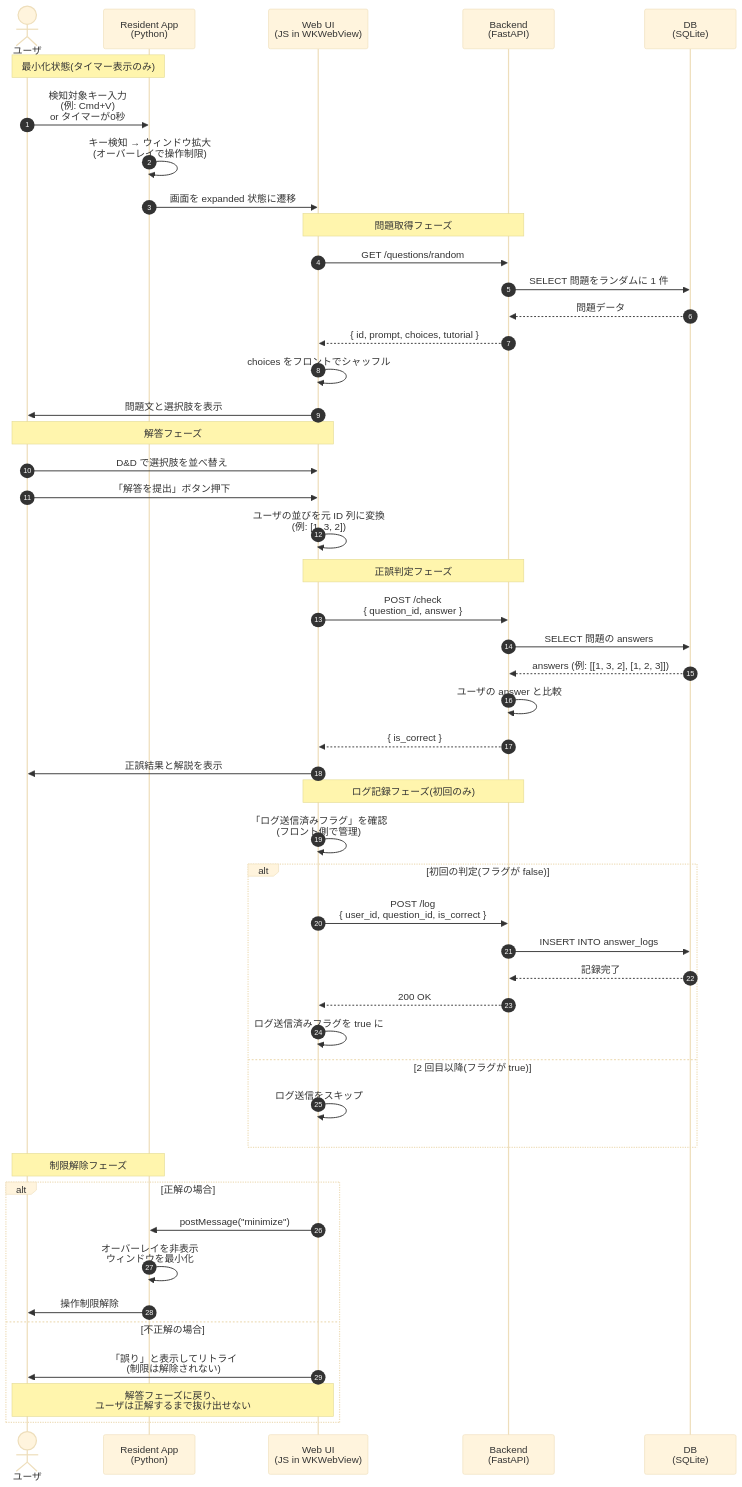
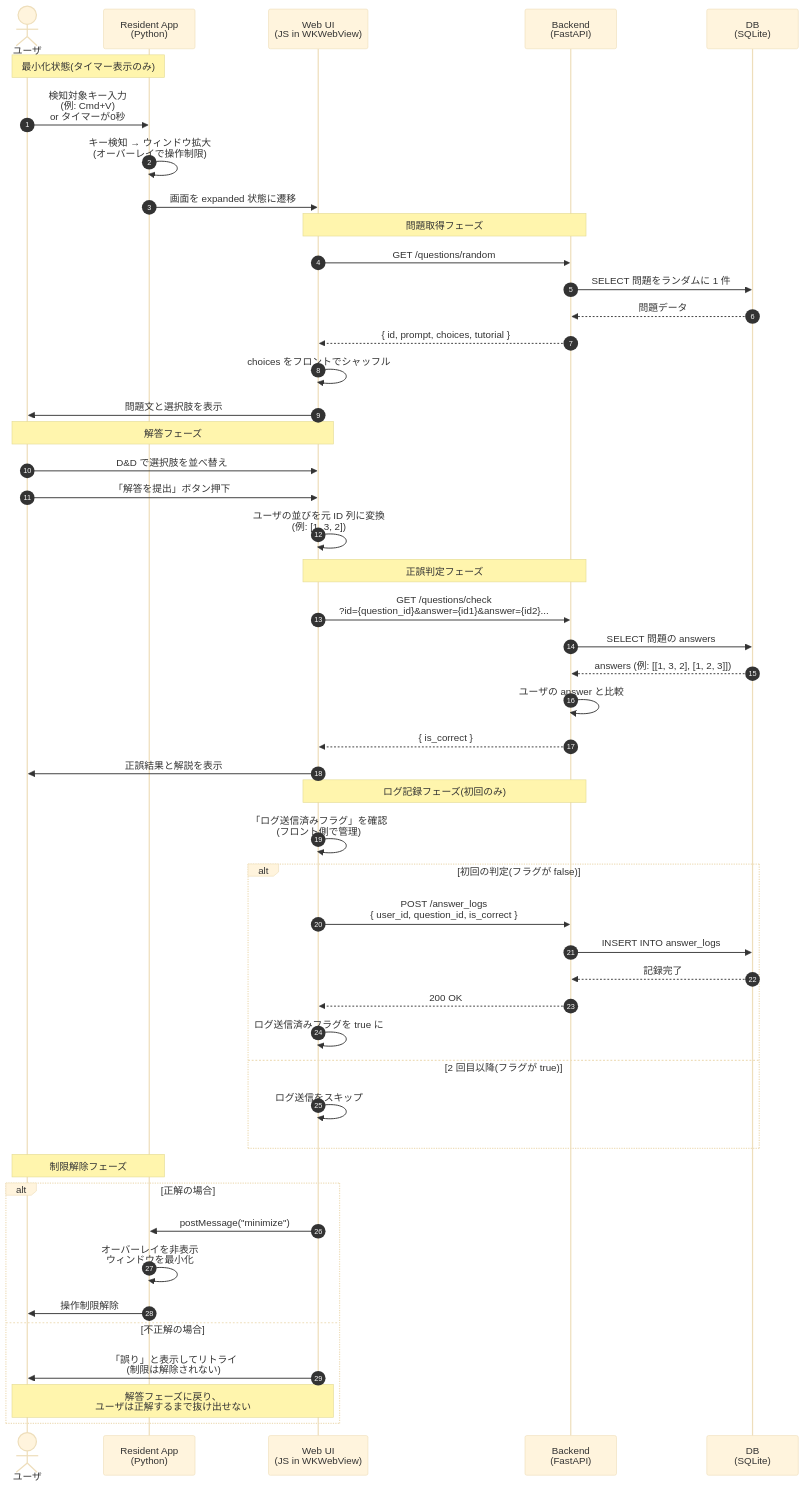
Before and after one commit to fu-suke/hack_u_team4: the diagram in docs/api_spec_and_flow.md, drawn with Mermaid (base theme). The commit also changed other lines of this file, not shown here.

````diff
--- a/docs/api_spec_and_flow.md
+++ b/docs/api_spec_and_flow.md
@@ -114,63 +109,63 @@
 ```mermaid
 sequenceDiagram
     autonumber
     actor User as ユーザ
     participant Resident as Resident App<br/>(Python)
     participant WebUI as Web UI<br/>(JS in WKWebView)
     participant Backend as Backend<br/>(FastAPI)
     participant DB as DB<br/>(SQLite)
 
     Note over User,Resident: 最小化状態(タイマー表示のみ)
 
     User->>Resident: 検知対象キー入力<br/>(例: Cmd+V)<br/>or タイマーが0秒
     Resident->>Resident: キー検知 → ウィンドウ拡大<br/>(オーバーレイで操作制限)
     Resident->>WebUI: 画面を expanded 状態に遷移
 
     Note over WebUI,Backend: 問題取得フェーズ
 
     WebUI->>Backend: GET /questions/random
     Backend->>DB: SELECT 問題をランダムに 1 件
     DB-->>Backend: 問題データ
     Backend-->>WebUI: { id, prompt, choices, tutorial }
     WebUI->>WebUI: choices をフロントでシャッフル
     WebUI->>User: 問題文と選択肢を表示
 
     Note over User,WebUI: 解答フェーズ
 
     User->>WebUI: D&D で選択肢を並べ替え
     User->>WebUI: 「解答を提出」ボタン押下
     WebUI->>WebUI: ユーザの並びを元 ID 列に変換<br/>(例: [1, 3, 2])
 
     Note over WebUI,Backend: 正誤判定フェーズ
 
-    WebUI->>Backend: POST /check<br/>{ question_id, answer }
+    WebUI->>Backend: GET /questions/check<br/>?id={question_id}&answer={id1}&answer={id2}...
     Backend->>DB: SELECT 問題の answers
     DB-->>Backend: answers (例: [[1, 3, 2], [1, 2, 3]])
     Backend->>Backend: ユーザの answer と比較
     Backend-->>WebUI: { is_correct }
     WebUI->>User: 正誤結果と解説を表示
 
     Note over WebUI,Backend: ログ記録フェーズ(初回のみ)
 
     WebUI->>WebUI: 「ログ送信済みフラグ」を確認<br/>(フロント側で管理)
     alt 初回の判定(フラグが false)
-        WebUI->>Backend: POST /log<br/>{ user_id, question_id, is_correct }
+        WebUI->>Backend: POST /answer_logs<br/>{ user_id, question_id, is_correct }
         Backend->>DB: INSERT INTO answer_logs
         DB-->>Backend: 記録完了
         Backend-->>WebUI: 200 OK
         WebUI->>WebUI: ログ送信済みフラグを true に
     else 2 回目以降(フラグが true)
         WebUI->>WebUI: ログ送信をスキップ
     end
 
     Note over User,Resident: 制限解除フェーズ
 
     alt 正解の場合
         WebUI->>Resident: postMessage("minimize")
         Resident->>Resident: オーバーレイを非表示<br/>ウィンドウを最小化
         Resident->>User: 操作制限解除
     else 不正解の場合
         WebUI->>User: 「誤り」と表示してリトライ<br/>(制限は解除されない)
         Note over User,WebUI: 解答フェーズに戻り、<br/>ユーザは正解するまで抜け出せない
     end
 ```
````
